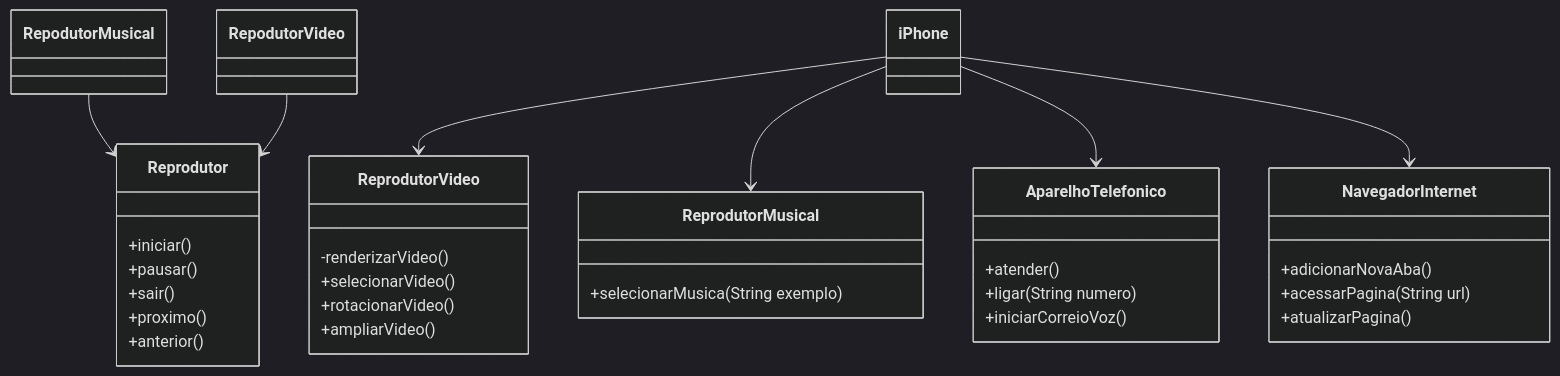
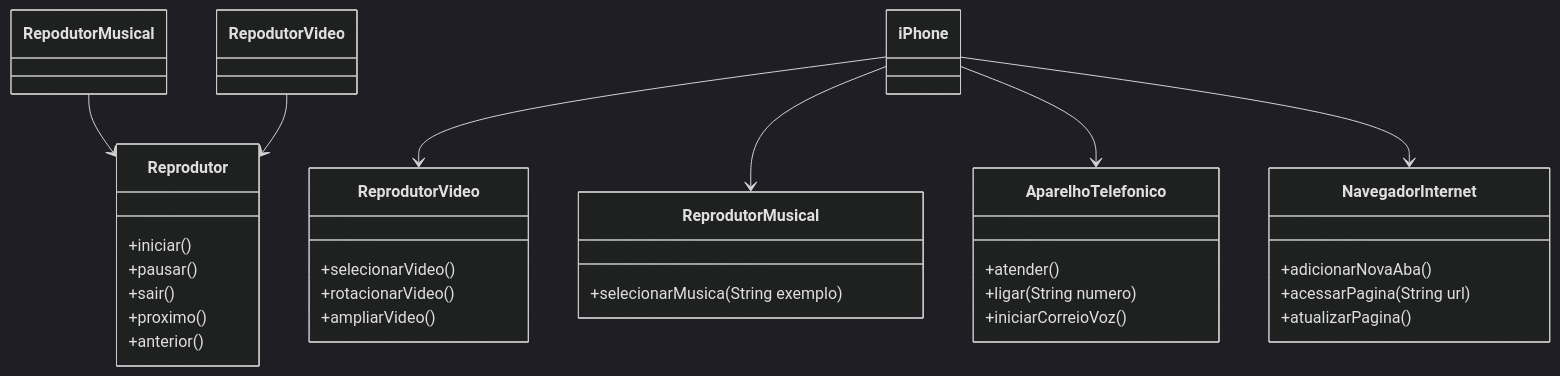
Before and after one commit to LuishFelipe/java-object-oriented: the diagram in README.md, drawn with Mermaid (dark theme). The commit also changed 8 other files, not shown here.

````diff
--- a/README.md
+++ b/README.md
@@ -4,45 +4,44 @@
 ```mermaid
 classDiagram
     class Reprodutor {
         +iniciar()
         +pausar()
         +sair()
         +proximo()
         +anterior()
     }
 
     class ReprodutorMusical {
         +selecionarMusica(String exemplo)
     }
     
     RepodutorMusical --> Reprodutor
     
     class ReprodutorVideo {
-        -renderizarVideo()
         +selecionarVideo()
         +rotacionarVideo()
         +ampliarVideo()   
     }
     
     RepodutorVideo --> Reprodutor
 
     class AparelhoTelefonico {
         +atender()
         +ligar(String numero)
         +iniciarCorreioVoz()
     }
 
     class NavegadorInternet {
         +adicionarNovaAba()
         +acessarPagina(String url)
         +atualizarPagina()
     }
 
     class iPhone {
     }
     
     iPhone --> ReprodutorVideo
     iPhone --> ReprodutorMusical
     iPhone --> AparelhoTelefonico
     iPhone --> NavegadorInternet
 ```
````
